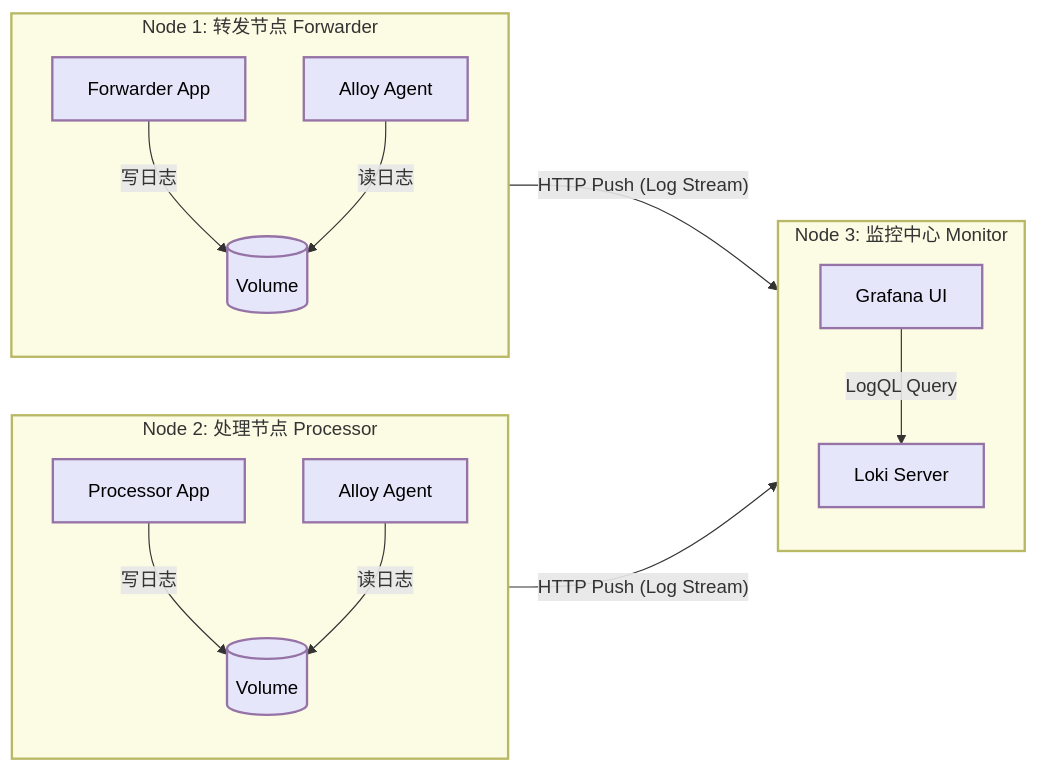
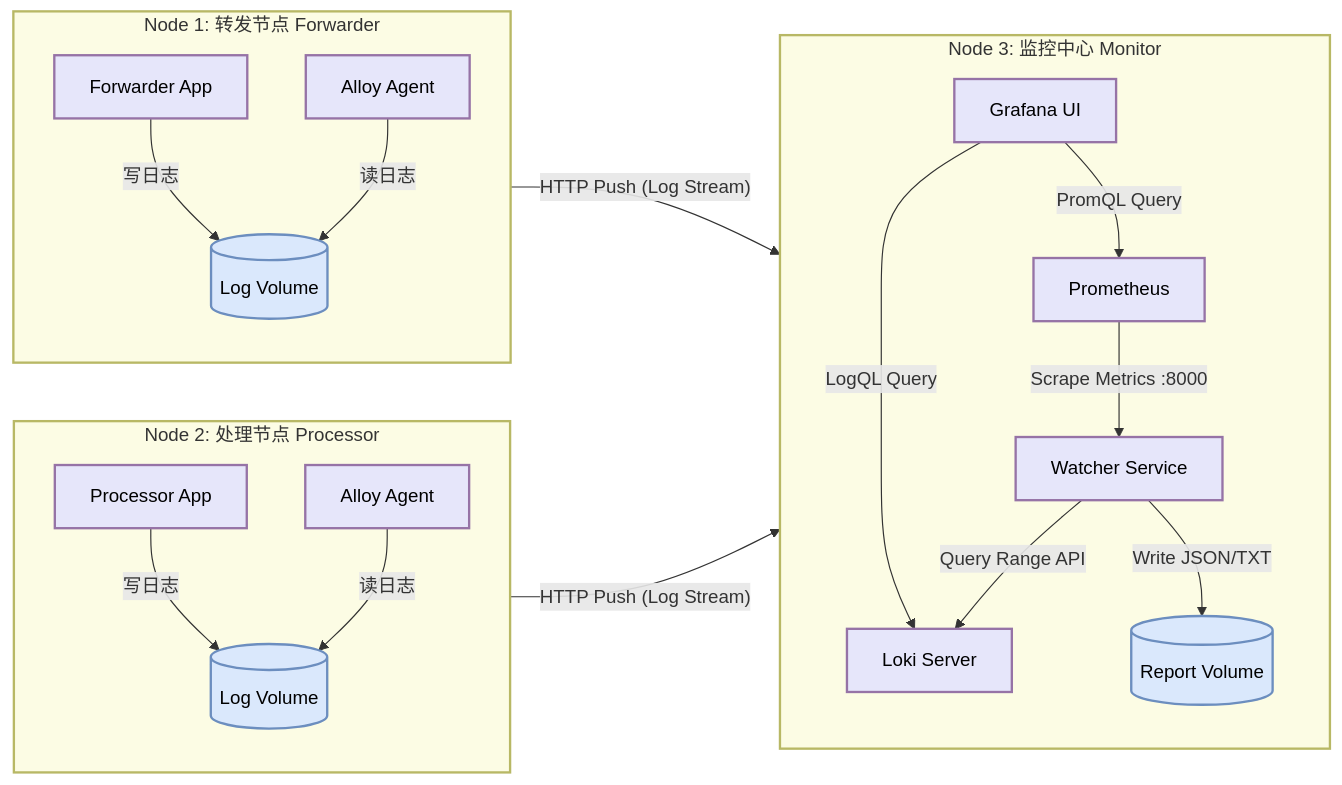
One commit to LouisLiuNova/plg-direct-demo changed the first of 2 diagrams in README.md. Above: the diagram before and after it, drawn with Mermaid. The commit also changed other lines of this file, not shown here.

````diff
--- a/README.md
+++ b/README.md
@@ -25,46 +25,56 @@
 ```mermaid
 flowchart LR
     %% 定义样式类
     classDef nodeFill fill:#e6e6fa,stroke:#9673a6,stroke-width:2px,color:#000;
     classDef clusterFill fill:#fcfce4,stroke:#b8b865,stroke-width:2px,color:#333;
-    classDef storage fill:#e6e6fa,stroke:#9673a6,stroke-width:2px,shape:cylinder,color:#000;
+    classDef storage fill:#dae8fc,stroke:#6c8ebf,stroke-width:2px,shape:cylinder,color:#000;
+    classDef newComponent fill:#d5e8d4,stroke:#82b366,stroke-width:2px,color:#000;
 
-    %% Node 3: 监控中心
+    %% Node 3: 监控中心 (扩充了 Watcher 和 Prometheus)
     subgraph Node3 [Node 3: 监控中心 Monitor]
         direction TB
         Grafana[Grafana UI]:::nodeFill
         Loki[Loki Server]:::nodeFill
+        Prometheus[Prometheus]:::nodeFill
+        Watcher[Watcher Service]:::nodeFill
+        ReportVol[(Report Volume)]:::storage
         
+        %% 监控中心内部流向
         Grafana -- "LogQL Query" --> Loki
+        Grafana -- "PromQL Query" --> Prometheus
+        Prometheus -- "Scrape Metrics :8000" --> Watcher
+        Watcher -- "Query Range API" --> Loki
+        Watcher -- "Write JSON/TXT" --> ReportVol
     end
 
     %% Node 2: 处理节点
     subgraph Node2 [Node 2: 处理节点 Processor]
         direction TB
         P_Promtail[Alloy Agent]:::nodeFill
         P_App[Processor App]:::nodeFill
-        P_Vol[(Volume)]:::storage
+        P_Vol[(Log Volume)]:::storage
         
         P_App -- "写日志" --> P_Vol
         P_Promtail -- "读日志" --> P_Vol
     end
 
     %% Node 1: 转发节点
     subgraph Node1 [Node 1: 转发节点 Forwarder]
         direction TB
         F_Promtail[Alloy Agent]:::nodeFill
         F_App[Forwarder App]:::nodeFill
-        F_Vol[(Volume)]:::storage
+        F_Vol[(Log Volume)]:::storage
         
         F_App -- "写日志" --> F_Vol
         F_Promtail -- "读日志" --> F_Vol
     end
 
     %% 跨节点连接 (数据流向)
     P_Promtail -- "HTTP Push (Log Stream)" --> Loki
     F_Promtail -- "HTTP Push (Log Stream)" --> Loki
 
     %% 应用样式到子图
     class Node1,Node2,Node3 clusterFill;
 
+
 ```
````
